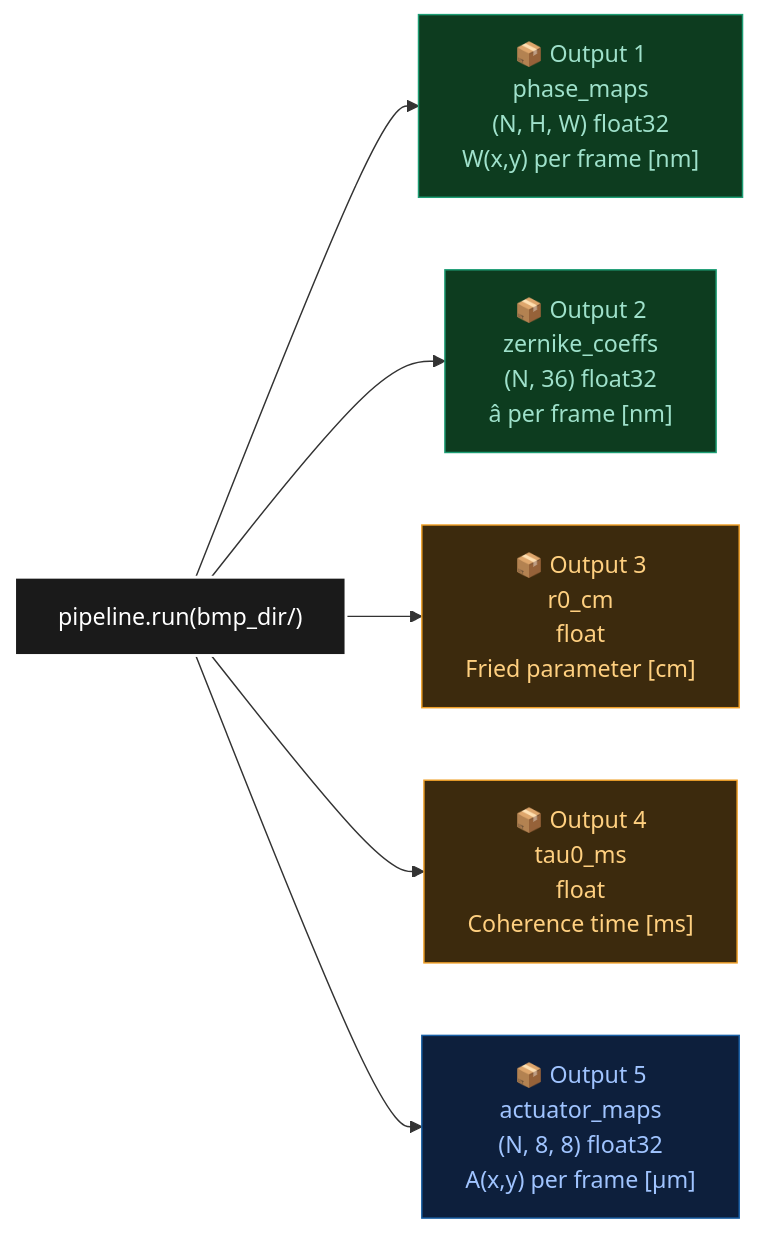
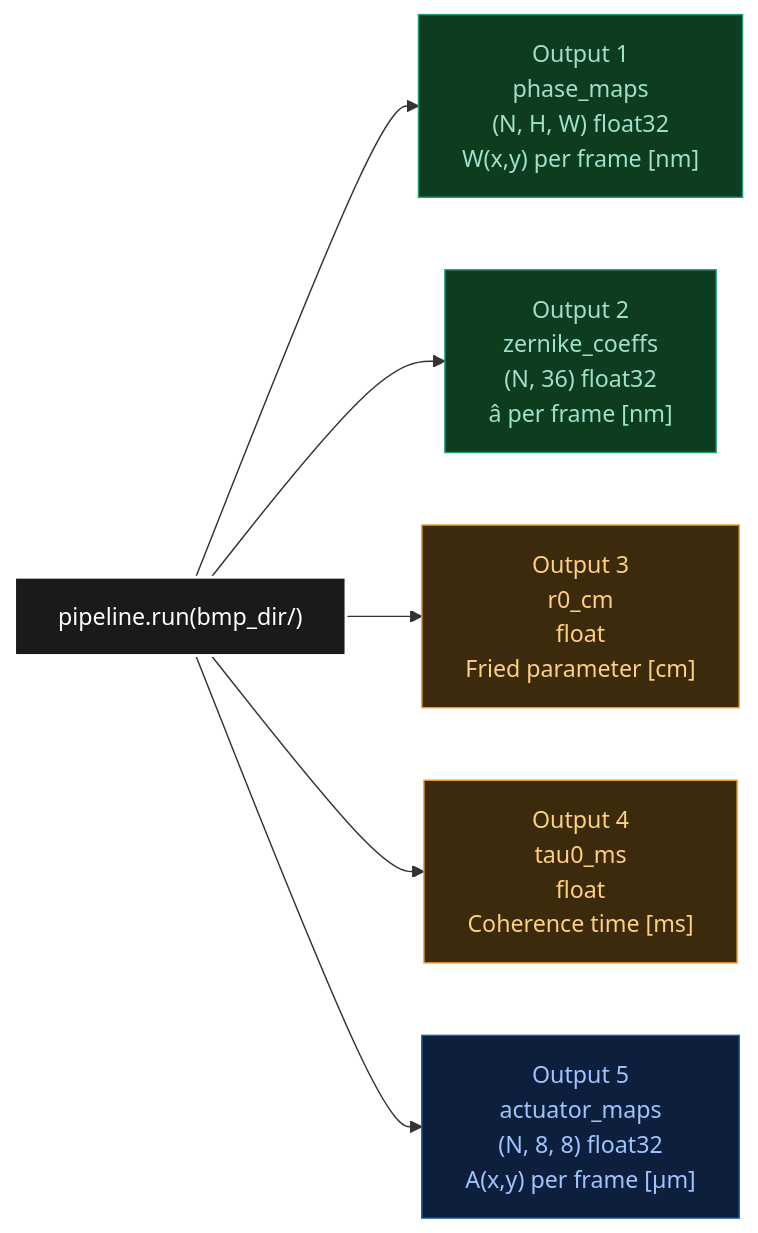
Before and after one commit to amitryedage/Problem-Statement-No.-9-Bharatiya-Antariksh-Hackathon: the eighth of 10 diagrams in README.md, drawn with Mermaid. The commit also changed other lines of this file, not shown here.

Commit message:
Fix formatting issues in README.md

````diff
--- a/README.md
+++ b/README.md
@@ -438,17 +438,17 @@
 ```mermaid
 graph LR
     P["pipeline.run(bmp_dir/)"] --> O1 & O2 & O3 & O4 & O5
 
-    O1["📦 Output 1<br/>phase_maps<br/>(N, H, W) float32<br/>W(x,y) per frame [nm]"]
-    O2["📦 Output 2<br/>zernike_coeffs<br/>(N, 36) float32<br/>â per frame [nm]"]
-    O3["📦 Output 3<br/>r0_cm<br/>float<br/>Fried parameter [cm]"]
-    O4["📦 Output 4<br/>tau0_ms<br/>float<br/>Coherence time [ms]"]
-    O5["📦 Output 5<br/>actuator_maps<br/>(N, 8, 8) float32<br/>A(x,y) per frame [µm]"]
+    O1[" Output 1<br/>phase_maps<br/>(N, H, W) float32<br/>W(x,y) per frame [nm]"]
+    O2[" Output 2<br/>zernike_coeffs<br/>(N, 36) float32<br/>â per frame [nm]"]
+    O3[" Output 3<br/>r0_cm<br/>float<br/>Fried parameter [cm]"]
+    O4[" Output 4<br/>tau0_ms<br/>float<br/>Coherence time [ms]"]
+    O5[" Output 5<br/>actuator_maps<br/>(N, 8, 8) float32<br/>A(x,y) per frame [µm]"]
 
     style O1 fill:#0d3c1f,color:#9fe1cb,stroke:#1D9E75
     style O2 fill:#0d3c1f,color:#9fe1cb,stroke:#1D9E75
     style O3 fill:#3c2a0d,color:#ffd080,stroke:#EF9F27
     style O4 fill:#3c2a0d,color:#ffd080,stroke:#EF9F27
     style O5 fill:#0d1f3c,color:#a0c4ff,stroke:#185FA5
     style P fill:#1a1a1a,color:#fff,stroke:#fff,stroke-width:2px
 ```
````
